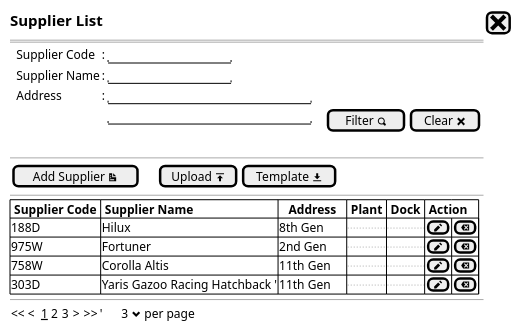
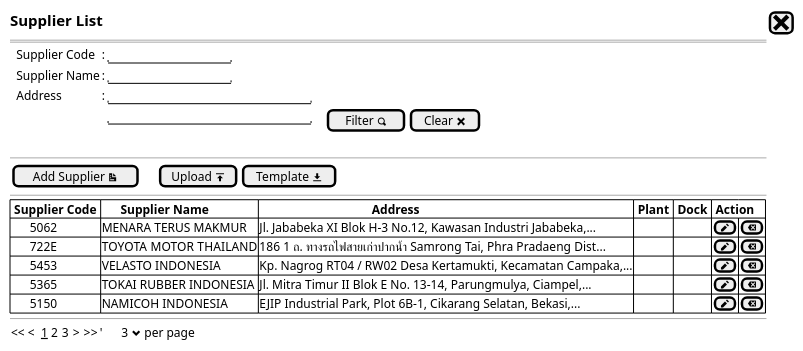
One commit to ari-fikri/packing-cost-mockup changed the diagram in Supplier Service/Supplier - newstep0b.puml. Above: the diagram before and after it, drawn with PlantUML. The commit also changed 5 other files, not shown here.

```diff
--- a/Supplier Service/Supplier - newstep0b.puml
+++ b/Supplier Service/Supplier - newstep0b.puml
@@ -1,30 +1,31 @@
 @startsalt
 {
   <size:15><b>Supplier List |[<size:25><&x>]|*
   ==
   {
       .|Supplier Code  |: |"               "|*
       .|Supplier Name  |: |"               "|*
       .|Address        |: |"                         "|*      
       .|.              |. |"                         "|.|.|[Filter <&magnifying-glass>]| [Clear <&x>]|*      
   }
   .
   --
   {
   [Add Supplier <&document>]|.|.|.|[Upload <&data-transfer-upload>]| [Template <&data-transfer-download>]|* 
   }
   --
   {#
-    |<b> Supplier Code |<b> Supplier Name           |<b>   Address   |<b> Plant  |<b> Dock |<b> Action |*|*|*
-    |  188D         | Hilux                         | 8th Gen        |..         | ..      |[<&pencil>]|[<&delete>]|*
-    |  975W         | Fortuner                      | 2nd Gen        |..         | ..      |[<&pencil>]|[<&delete>]|*
-    |  758W         | Corolla Altis                 | 11th Gen       |..         | ..      |[<&pencil>]|[<&delete>]|*
-    |  303D         | Yaris Gazoo Racing Hatchback '| 11th Gen       |..         | ..      |[<&pencil>]|[<&delete>]|*
+    |<b> Supplier Code |<b>      Supplier Name   |<b>                                    Address                                  |<b> Plant  |<b> Dock |<b> Action |*|*|*
+    |      5062	       |MENARA TERUS MAKMUR		                  |Jl. Jababeka XI Blok H-3 No.12, Kawasan Industri Jababeka,...  |.          |.        |[<&pencil>]|[<&delete>]|*
+    |      722E	       |TOYOTA MOTOR THAILAND		                |186 1 ถ. ทางรถไฟสายเก่าปากน้ำ Samrong Tai, Phra Pradaeng Dist... |.          |.        |[<&pencil>]|[<&delete>]|*
+    |      5453	       |VELASTO INDONESIA		                    |Kp. Nagrog RT04 / RW02 Desa Kertamukti, Kecamatan Campaka,...  |.          |.        |[<&pencil>]|[<&delete>]|*
+    |      5365	       |TOKAI RUBBER INDONESIA		              |Jl. Mitra Timur II Blok E No. 13-14, Parungmulya, Ciampel,...  |.          |.        |[<&pencil>]|[<&delete>]|*
+    |      5150	       |NAMICOH INDONESIA		                    |EJIP Industrial Park, Plot 6B-1, Cikarang Selatan, Bekasi,...  |.          |.        |[<&pencil>]|[<&delete>]|
   }
   --
   {
   << <  __1__ 2 3  > >>  |'      3 <&chevron-bottom> per page |*
   }
 
 }
 @endsalt
```
